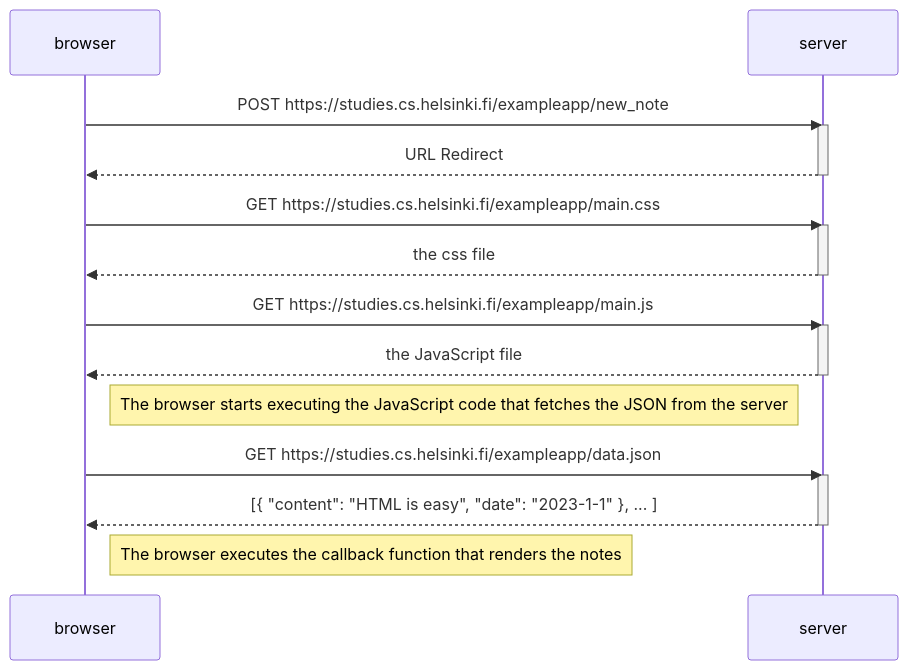
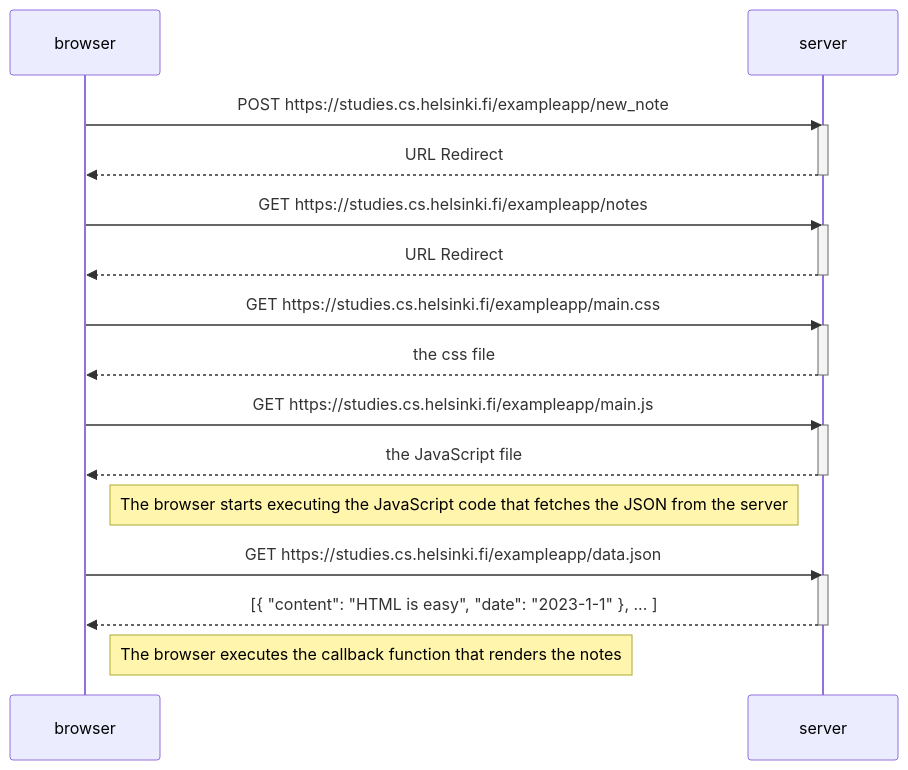
Before and after one commit to ConradPB/Exercises: the diagram in part0/exercise4.md, drawn with Mermaid.

Commit message:
Added GET request to server

````diff
--- a/part0/exercise4.md
+++ b/part0/exercise4.md
@@ -4,30 +4,35 @@
 ```mermaid
 
 sequenceDiagram
     participant browser
     participant server
 
     browser->>server: POST https://studies.cs.helsinki.fi/exampleapp/new_note
+    activate server
+    server-->>browser: URL Redirect
+    deactivate server
+
+    browser->>server: GET https://studies.cs.helsinki.fi/exampleapp/notes
     activate server
     server-->>browser: URL Redirect
     deactivate server
 
     browser->>server: GET https://studies.cs.helsinki.fi/exampleapp/main.css
     activate server
     server-->>browser: the css file
     deactivate server
 
     browser->>server: GET https://studies.cs.helsinki.fi/exampleapp/main.js
     activate server
     server-->>browser: the JavaScript file
     deactivate server
 
     Note right of browser: The browser starts executing the JavaScript code that fetches the JSON from the server
 
     browser->>server: GET https://studies.cs.helsinki.fi/exampleapp/data.json
     activate server
     server-->>browser: [{ "content": "HTML is easy", "date": "2023-1-1" }, ... ]
     deactivate server
 
     Note right of browser: The browser executes the callback function that renders the notes
 ```
````
